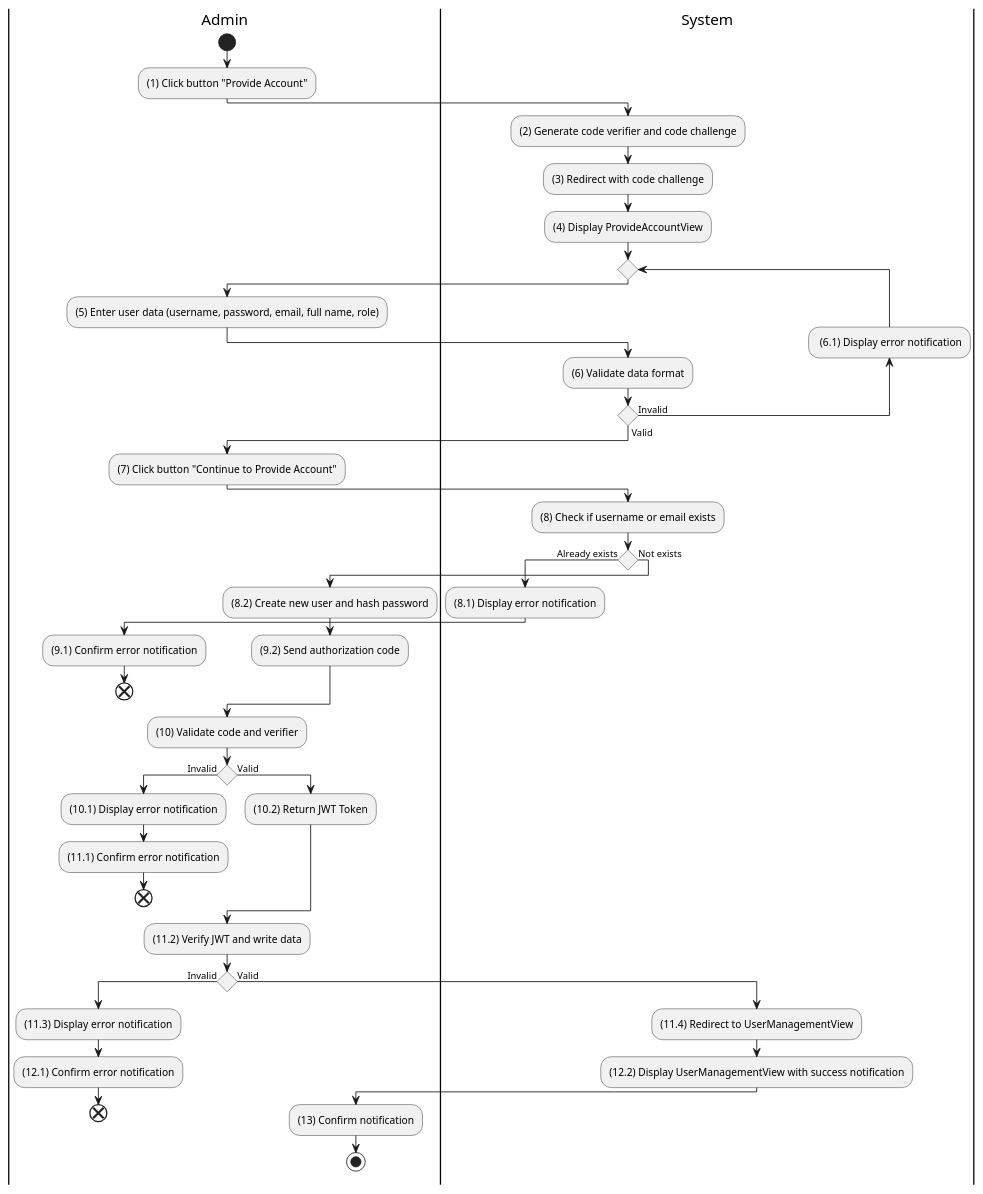
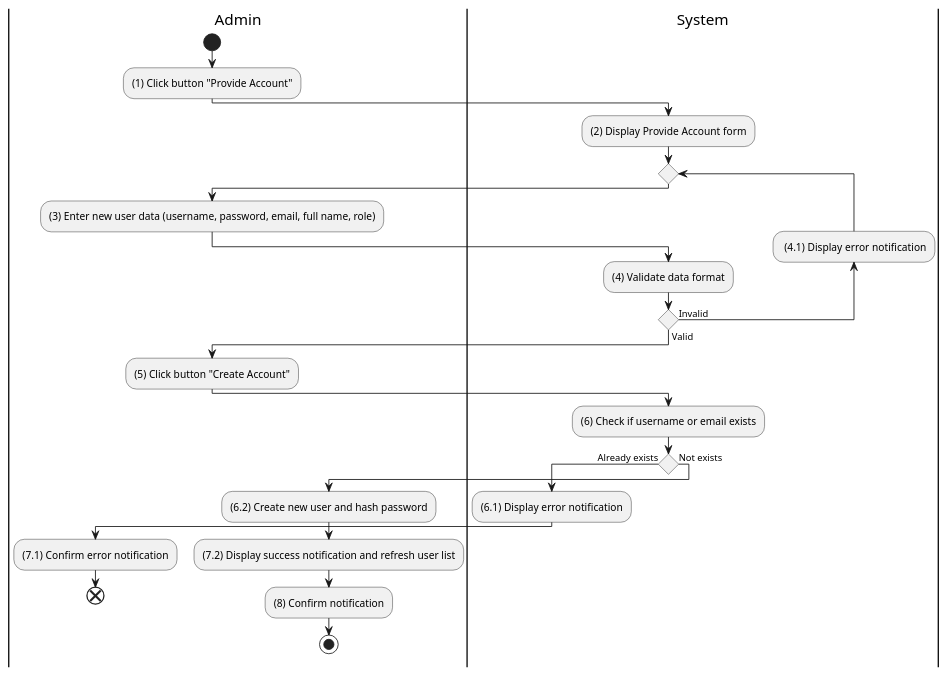
The diagram in docs/software-docs/activity/manage-account/provide-account.md (electricilies/electricilies.github.io), drawn with PlantUML before and after one commit. The commit also changed 4 other files, not shown here.

````diff
--- a/docs/software-docs/activity/manage-account/provide-account.md
+++ b/docs/software-docs/activity/manage-account/provide-account.md
@@ -3,57 +3,35 @@
 ```plantuml
 @startuml
 |A|Admin
 |S|System
 
 |A|
 start
 :(1) Click button "Provide Account";
 |S|
-:(2) Generate code verifier and code challenge;
-:(3) Redirect with code challenge;
-:(4) Display ProvideAccountView;
+:(2) Display Provide Account form;
 repeat
   |A|
-  :(5) Enter user data (username, password, email, full name, role);
+  :(3) Enter new user data (username, password, email, full name, role);
   |S|
-  :(6) Validate data format;
-backward: (6.1) Display error notification;
+  :(4) Validate data format;
+backward: (4.1) Display error notification;
 repeat while () is (Invalid) not (Valid)
 |A|
-:(7) Click button "Continue to Provide Account";
+:(5) Click button "Create Account";
 |S|
-:(8) Check if username or email exists;
+:(6) Check if username or email exists;
 if () then (Already exists)
-  :(8.1) Display error notification;
+  :(6.1) Display error notification;
   |A|
-  :(9.1) Confirm error notification;
+  :(7.1) Confirm error notification;
   end
 else (Not exists)
-  :(8.2) Create new user and hash password;
-  :(9.2) Send authorization code;
-endif
-:(10) Validate code and verifier;
-if () then (Invalid)
-  :(10.1) Display error notification;
+  :(6.2) Create new user and hash password;
+  :(7.2) Display success notification and refresh user list;
   |A|
-  :(11.1) Confirm error notification;
-  end
-else (Valid)
-  :(10.2) Return JWT Token;
-endif
-:(11.2) Verify JWT and write data;
-if () then (Invalid)
-  :(11.3) Display error notification;
-  |A|
-  :(12.1) Confirm error notification;
-  end
-else (Valid)
-  |S|
-  :(11.4) Redirect to UserManagementView;
-  :(12.2) Display UserManagementView with success notification;
-  |A|
-  :(13) Confirm notification;
+  :(8) Confirm notification;
   stop
 endif
 @enduml
 ```
````
